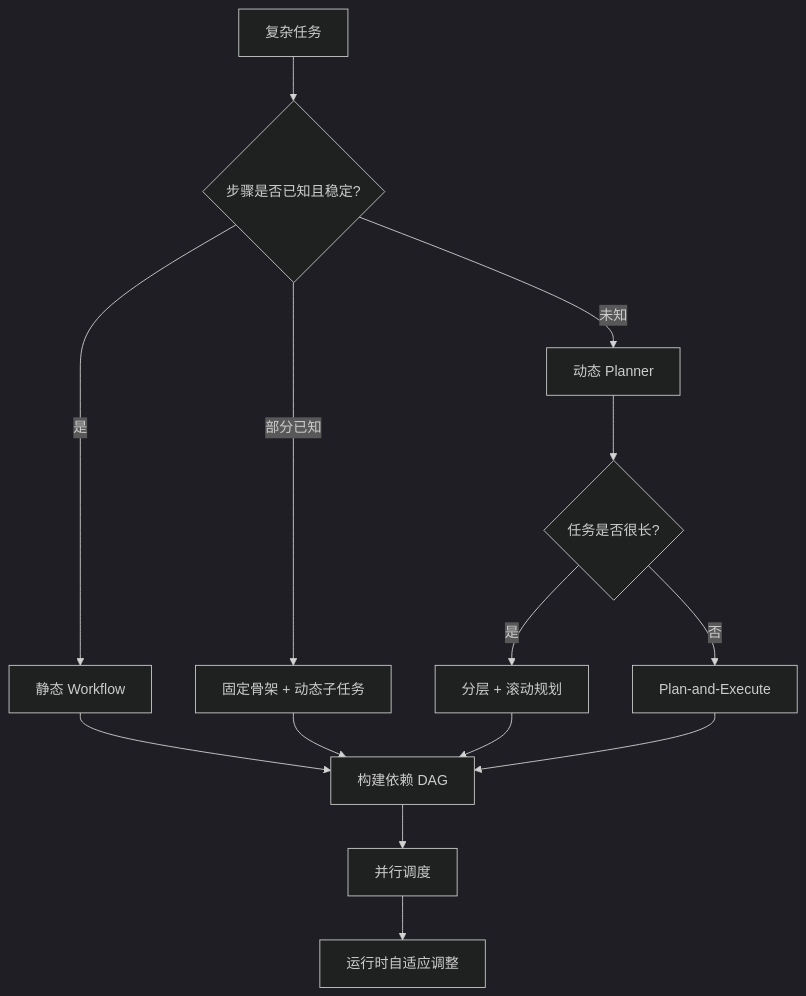
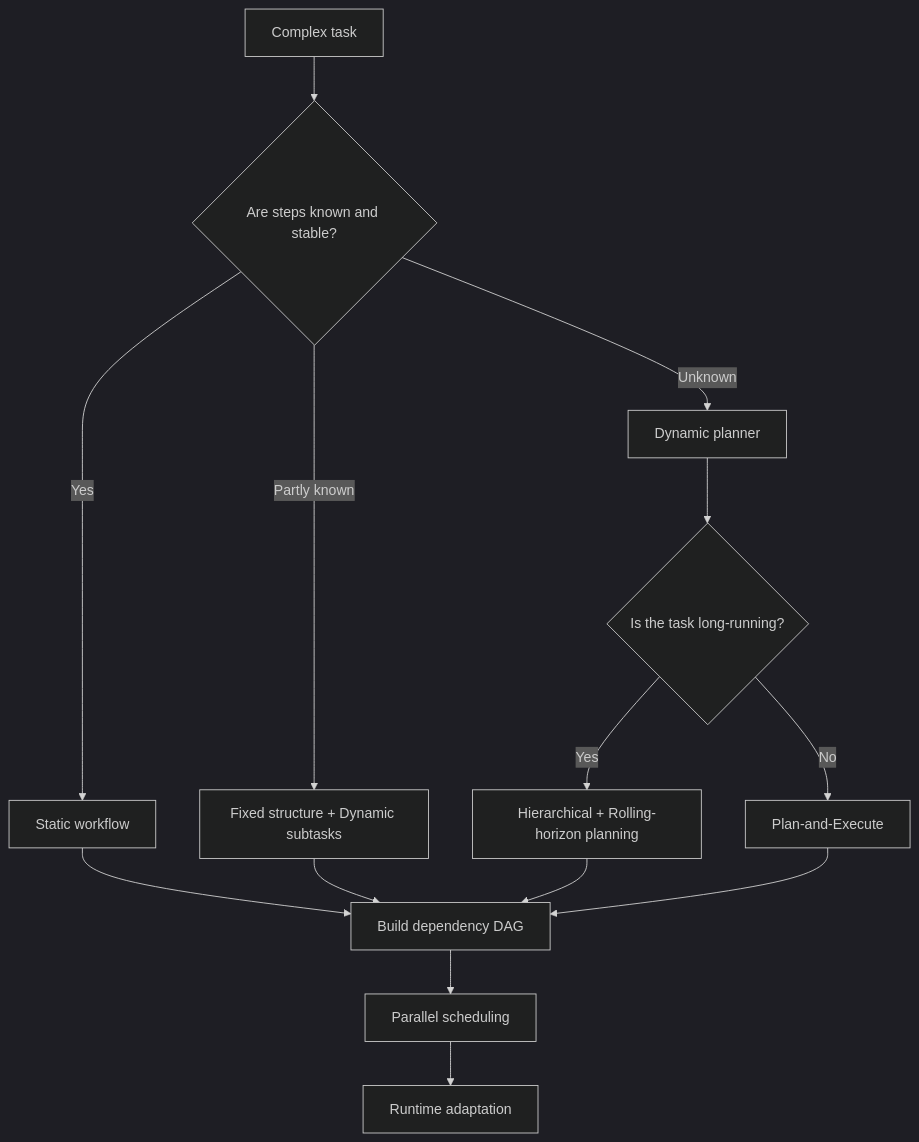
One commit to oneleaveknowsthefall/awesome-ai-roadmap changed diagram 16 of 16 in docs/agent/02-reasoning-planning/06-task-decomposition.md. Above: the diagram before and after it, drawn with Mermaid (dark theme). The commit also changed other lines of this file and 68 other files, not shown here.

````diff
--- a/docs/agent/02-reasoning-planning/06-task-decomposition.md
+++ b/docs/agent/02-reasoning-planning/06-task-decomposition.md
@@ -918,19 +922,19 @@
 ```mermaid
 flowchart TB
-    G[复杂任务] --> K{步骤是否已知且稳定?}
-    K -->|是| STATIC[静态 Workflow]
-    K -->|部分已知| HYBRID[固定骨架 + 动态子任务]
-    K -->|未知| DYNAMIC[动态 Planner]
+    G[Complex task] --> K{Are steps known and stable?}
+    K -->|Yes| STATIC[Static workflow]
+    K -->|Partly known| HYBRID[Fixed structure + Dynamic subtasks]
+    K -->|Unknown| DYNAMIC[Dynamic planner]
 
-    DYNAMIC --> H{任务是否很长?}
-    H -->|是| HIER[分层 + 滚动规划]
-    H -->|否| PLAN[Plan-and-Execute]
+    DYNAMIC --> H{Is the task long-running?}
+    H -->|Yes| HIER[Hierarchical + Rolling-horizon planning]
+    H -->|No| PLAN[Plan-and-Execute]
 
-    STATIC --> DEP[构建依赖 DAG]
+    STATIC --> DEP[Build dependency DAG]
     HYBRID --> DEP
     HIER --> DEP
     PLAN --> DEP
 
-    DEP --> PAR[并行调度]
-    PAR --> ADAPT[运行时自适应调整]
+    DEP --> PAR[Parallel scheduling]
+    PAR --> ADAPT[Runtime adaptation]
 ```
````
